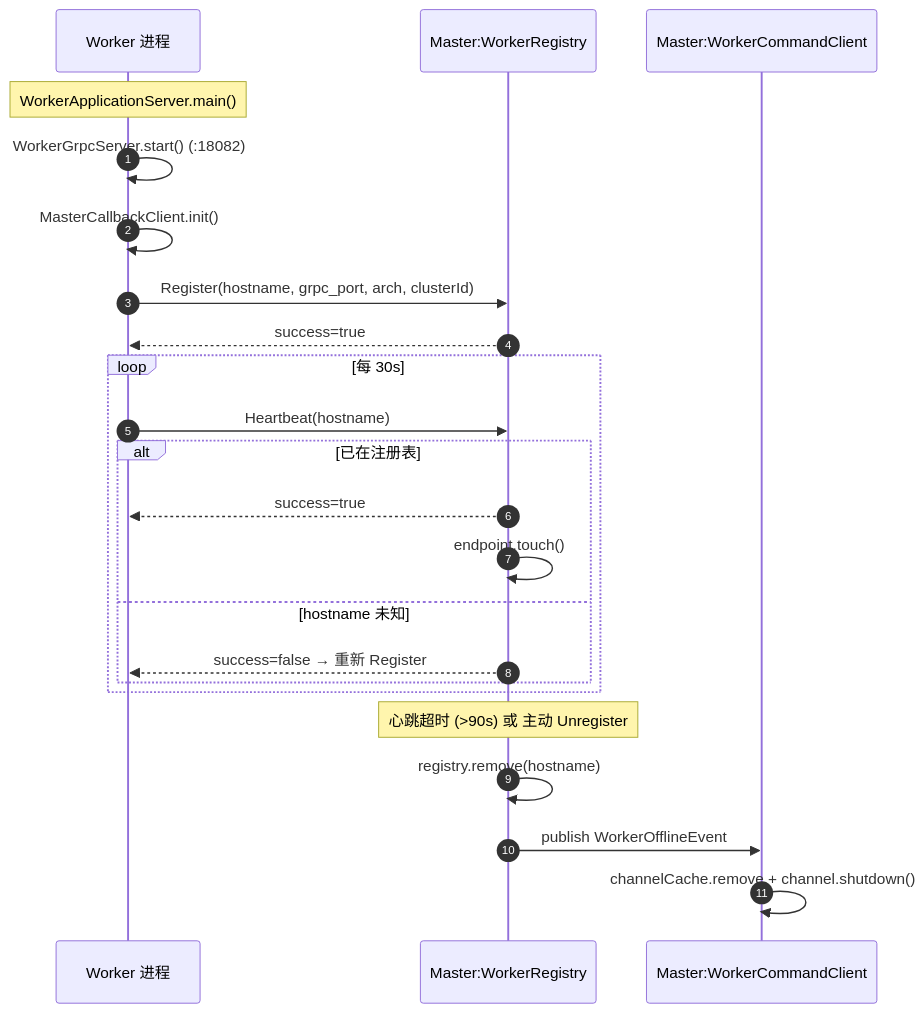
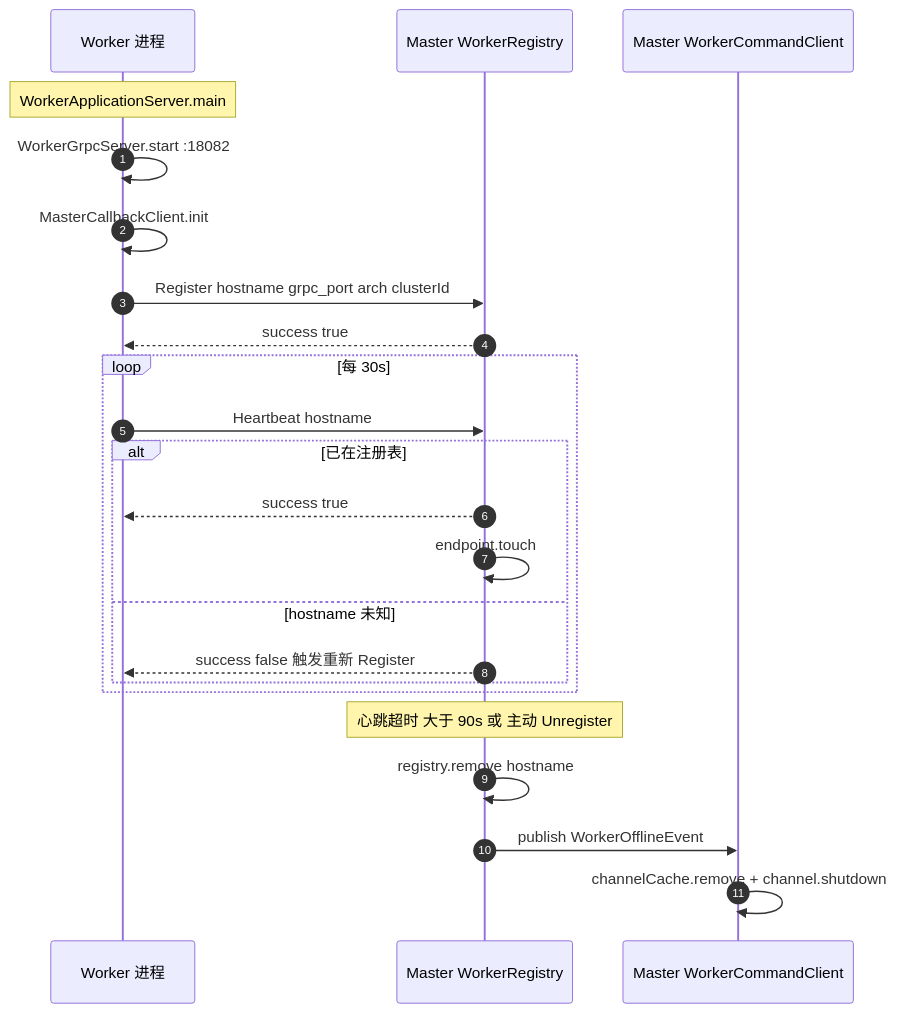
One commit to 88fantasy/datasophon changed the third of 9 diagrams in ARCHITECTURE.md. Above: the diagram before and after it, drawn with Mermaid. The commit also changed other lines of this file and 45 other files, not shown here.

First line of the commit message:
build(assembly): 新增 datasophon-assembly 模块，统一打包 api/worker/cli

````diff
--- a/ARCHITECTURE.md
+++ b/ARCHITECTURE.md
@@ -209,27 +211,27 @@
 ```mermaid
 sequenceDiagram
     autonumber
     participant W as Worker 进程
-    participant Reg as Master:WorkerRegistry
-    participant Cli as Master:WorkerCommandClient
+    participant Reg as Master WorkerRegistry
+    participant Cli as Master WorkerCommandClient
 
-    Note over W: WorkerApplicationServer.main()
-    W->>W: WorkerGrpcServer.start() (:18082)
-    W->>W: MasterCallbackClient.init()
-    W->>Reg: Register(hostname, grpc_port, arch, clusterId)
-    Reg-->>W: success=true
+    Note over W: WorkerApplicationServer.main
+    W->>W: WorkerGrpcServer.start :18082
+    W->>W: MasterCallbackClient.init
+    W->>Reg: Register hostname grpc_port arch clusterId
+    Reg-->>W: success true
     loop 每 30s
-        W->>Reg: Heartbeat(hostname)
+        W->>Reg: Heartbeat hostname
         alt 已在注册表
-            Reg-->>W: success=true
-            Reg->>Reg: endpoint.touch()
+            Reg-->>W: success true
+            Reg->>Reg: endpoint.touch
         else hostname 未知
-            Reg-->>W: success=false → 重新 Register
+            Reg-->>W: success false 触发重新 Register
         end
     end
 
-    Note over Reg: 心跳超时 (>90s) 或 主动 Unregister
-    Reg->>Reg: registry.remove(hostname)
+    Note over Reg: 心跳超时 大于 90s 或 主动 Unregister
+    Reg->>Reg: registry.remove hostname
     Reg->>Cli: publish WorkerOfflineEvent
-    Cli->>Cli: channelCache.remove + channel.shutdown()
+    Cli->>Cli: channelCache.remove + channel.shutdown
 ```
````
